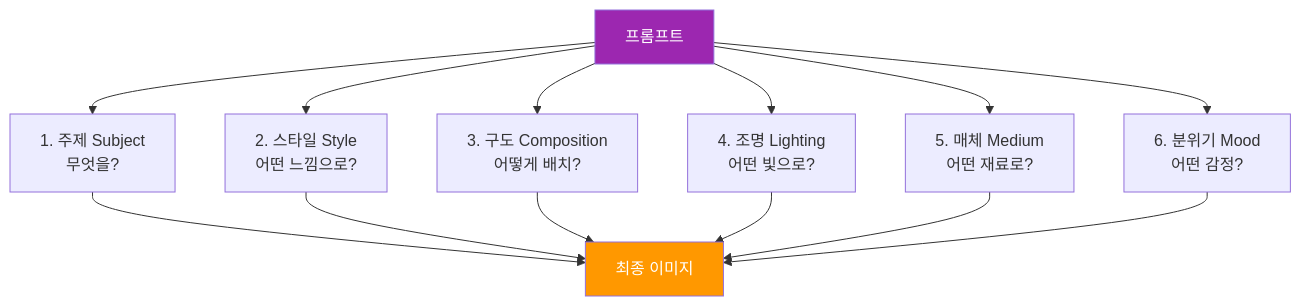
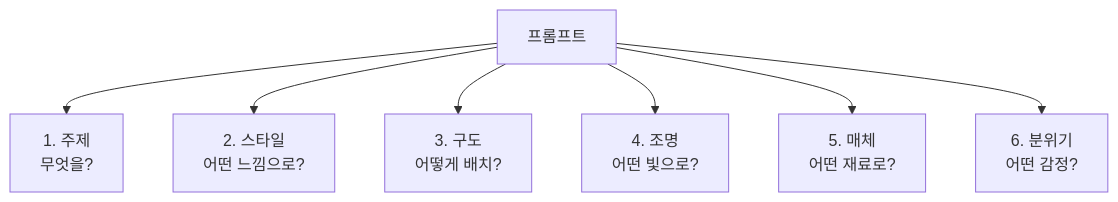
Before and after one commit to jsonpassion/forge-tutorial-promptcanvas: the diagram in 02-ch2-프롬프트-구조-마스터/01-01-프롬프트-해부학-6요소-프레임워크.md, drawn with Mermaid. The commit also changed other lines of this file and 12 other files, not shown here.

````diff
--- a/02-ch2-프롬프트-구조-마스터/01-01-프롬프트-해부학-6요소-프레임워크.md
+++ b/02-ch2-프롬프트-구조-마스터/01-01-프롬프트-해부학-6요소-프레임워크.md
@@ -74,19 +53,9 @@
 ```mermaid
 flowchart TD
-    P["프롬프트"] --> S["1. 주제 Subject<br/>무엇을?"]
-    P --> ST["2. 스타일 Style<br/>어떤 느낌으로?"]
-    P --> C["3. 구도 Composition<br/>어떻게 배치?"]
-    P --> L["4. 조명 Lighting<br/>어떤 빛으로?"]
-    P --> M["5. 매체 Medium<br/>어떤 재료로?"]
-    P --> MO["6. 분위기 Mood<br/>어떤 감정?"]
-    
-    S --> R["최종 이미지"]
-    ST --> R
-    C --> R
-    L --> R
-    M --> R
-    MO --> R
-    
-    style P fill:#9C27B0,color:#fff
-    style R fill:#FF9800,color:#fff
+    P["프롬프트"] --> S["1. 주제<br/>무엇을?"]
+    P --> ST["2. 스타일<br/>어떤 느낌으로?"]
+    P --> C["3. 구도<br/>어떻게 배치?"]
+    P --> L["4. 조명<br/>어떤 빛으로?"]
+    P --> M["5. 매체<br/>어떤 재료로?"]
+    P --> MO["6. 분위기<br/>어떤 감정?"]
 ```
````
